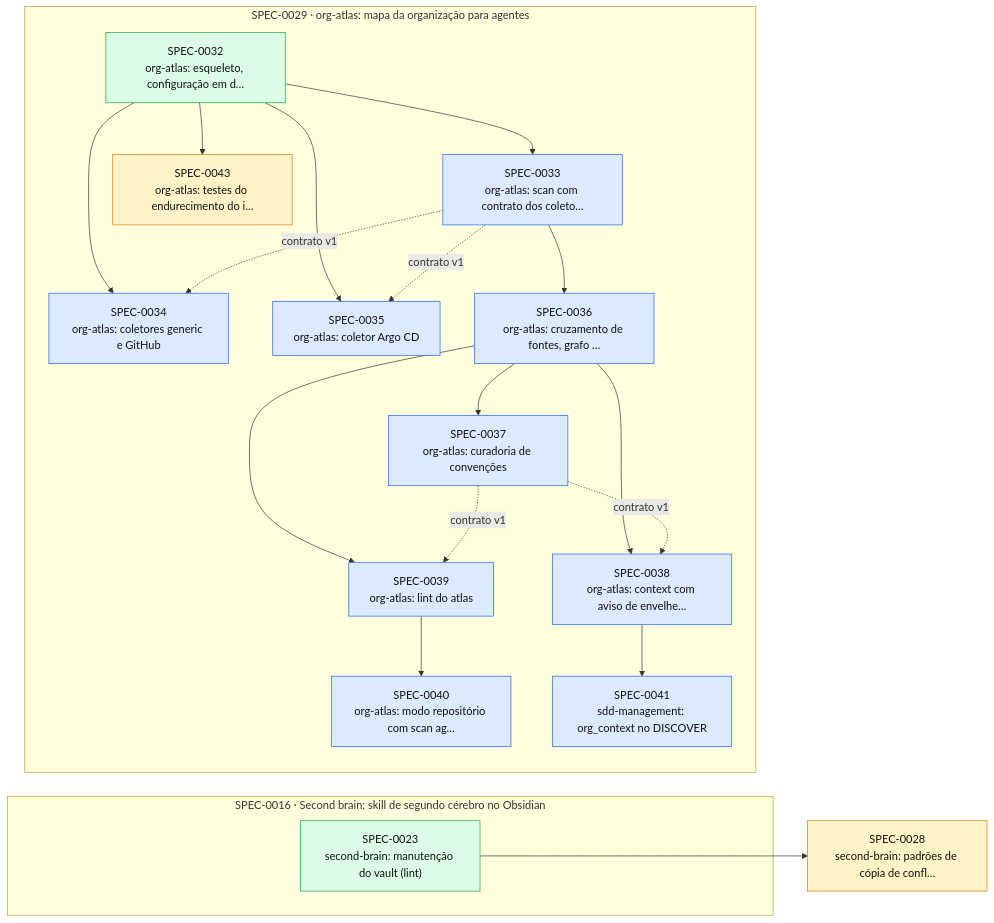
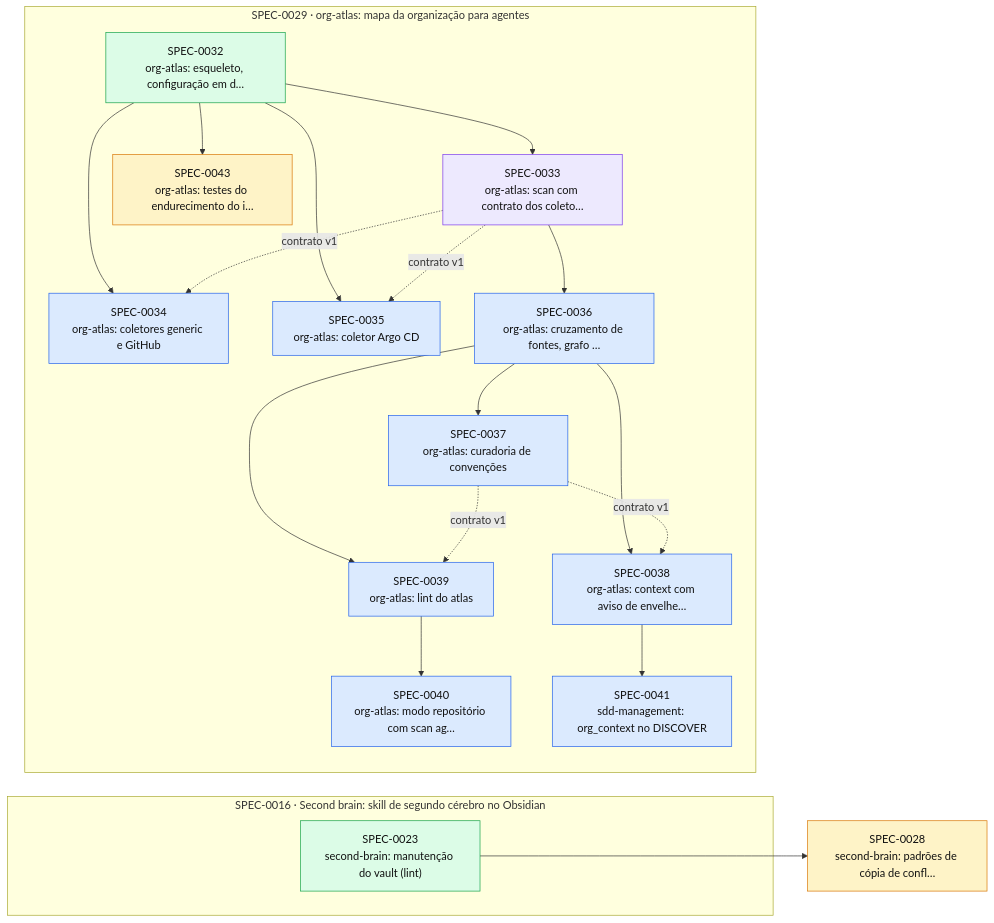
One commit to thomasravache/ai-dev-brain changed the diagram in docs/specs/INDEX.md. Above: the diagram before and after it, drawn with Mermaid. The commit also changed other lines of this file and 1 other file, not shown here.

First line of the commit message:
docs(specs): SPEC-0033 em execução

````diff
--- a/docs/specs/INDEX.md
+++ b/docs/specs/INDEX.md
@@ -58,40 +58,40 @@
 ```mermaid
 flowchart LR
   S0028["SPEC-0028<br/>second-brain: padrões de cópia de confl…"]:::proposed
   subgraph E0016["SPEC-0016 · Second brain: skill de segundo cérebro no Obsidian"]
     S0023["SPEC-0023<br/>second-brain: manutenção do vault (lint)"]:::implemented
   end
   subgraph E0029["SPEC-0029 · org-atlas: mapa da organização para agentes"]
     S0032["SPEC-0032<br/>org-atlas: esqueleto, configuração em d…"]:::implemented
-    S0033["SPEC-0033<br/>org-atlas: scan com contrato dos coleto…"]:::approved
+    S0033["SPEC-0033<br/>org-atlas: scan com contrato dos coleto…"]:::inprogress
     S0034["SPEC-0034<br/>org-atlas: coletores generic e GitHub"]:::approved
     S0035["SPEC-0035<br/>org-atlas: coletor Argo CD"]:::approved
     S0036["SPEC-0036<br/>org-atlas: cruzamento de fontes, grafo …"]:::approved
     S0037["SPEC-0037<br/>org-atlas: curadoria de convenções"]:::approved
     S0038["SPEC-0038<br/>org-atlas: context com aviso de envelhe…"]:::approved
     S0039["SPEC-0039<br/>org-atlas: lint do atlas"]:::approved
     S0040["SPEC-0040<br/>org-atlas: modo repositório com scan ag…"]:::approved
     S0041["SPEC-0041<br/>sdd-management: org_context no DISCOVER"]:::approved
     S0043["SPEC-0043<br/>org-atlas: testes do endurecimento do i…"]:::proposed
   end
   S0023 --> S0028
   S0032 --> S0033
   S0032 --> S0034
   S0033 -. contrato v1 .-> S0034
   S0032 --> S0035
   S0033 -. contrato v1 .-> S0035
   S0033 --> S0036
   S0036 --> S0037
   S0036 --> S0038
   S0037 -. contrato v1 .-> S0038
   S0036 --> S0039
   S0037 -. contrato v1 .-> S0039
   S0039 --> S0040
   S0038 --> S0041
   S0032 --> S0043
   classDef proposed fill:#fef3c7,stroke:#d97706,color:#111
   classDef approved fill:#dbeafe,stroke:#2563eb,color:#111
   classDef inprogress fill:#ede9fe,stroke:#7c3aed,color:#111
   classDef implemented fill:#dcfce7,stroke:#16a34a,color:#111
   classDef deprecated fill:#f3f4f6,stroke:#9ca3af,color:#6b7280
 ```
````
